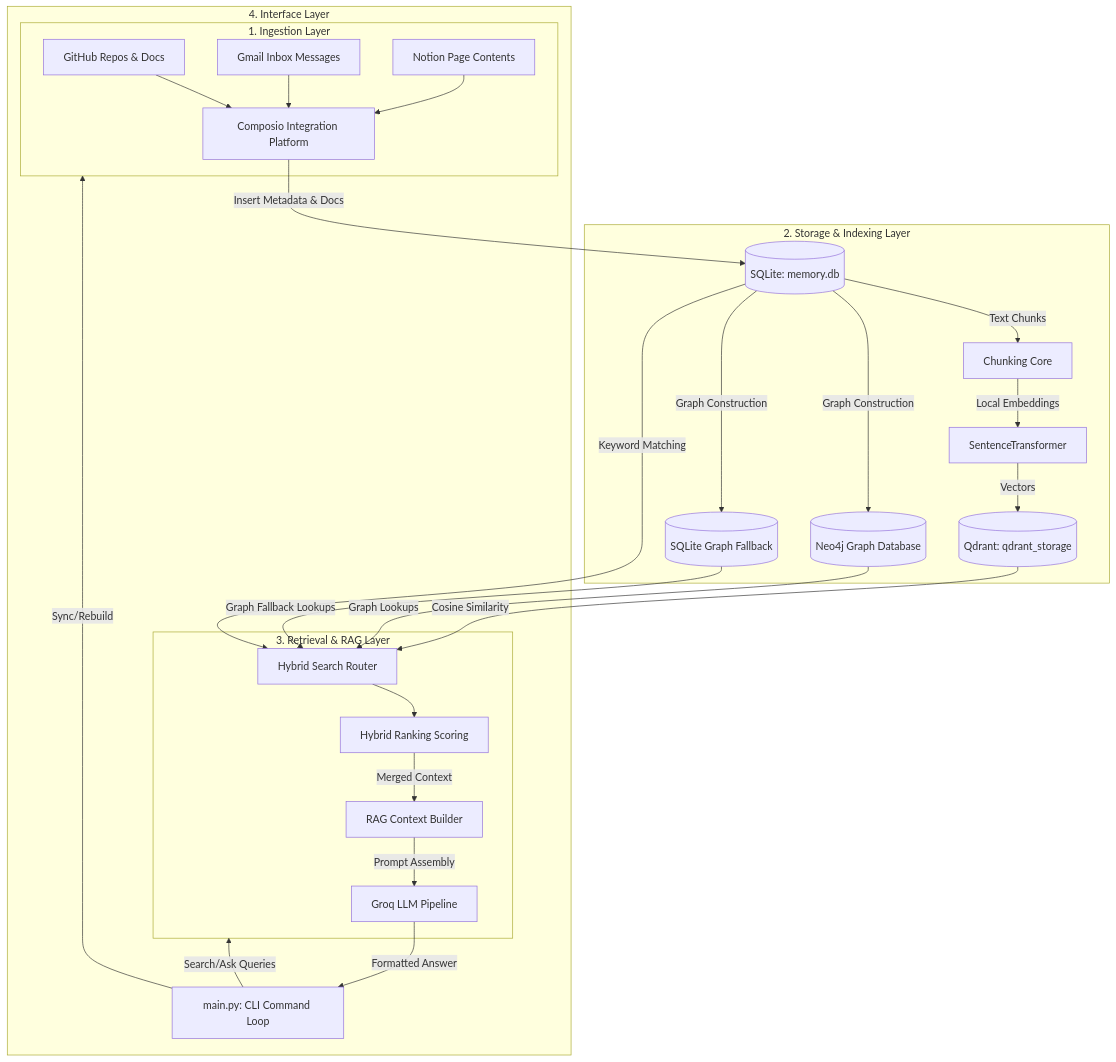
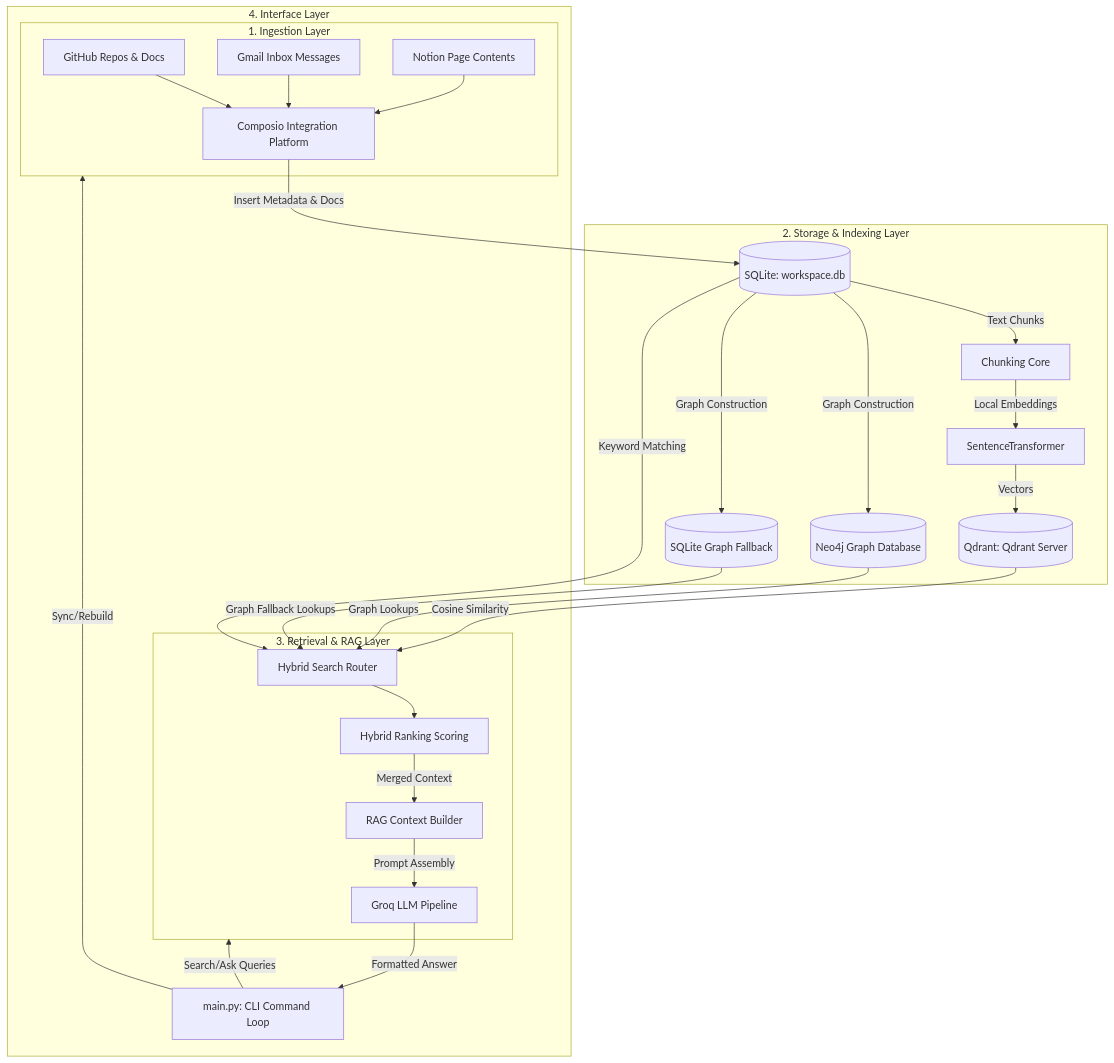
One commit to anirudh-pedro/Memory-OS changed the diagram in README.md. Above: the diagram before and after it, drawn with Mermaid. The commit also changed other lines of this file and 53 other files, not shown here.

````diff
--- a/README.md
+++ b/README.md
@@ -13,55 +14,55 @@
 ```mermaid
 graph TD
     %% Ingestion
     subgraph Ingestion [1. Ingestion Layer]
         GH[GitHub Repos & Docs]
         GM[Gmail Inbox Messages]
         NT[Notion Page Contents]
         CP[Composio Integration Platform]
         GH --> CP
         GM --> CP
         NT --> CP
     end
 
     %% Storage & Indexing
     subgraph Storage [2. Storage & Indexing Layer]
-        DB[(SQLite: memory.db)]
-        QD[(Qdrant: qdrant_storage)]
+        DB[(SQLite: workspace.db)]
+        QD[(Qdrant: Qdrant Server)]
         N4J[(Neo4j Graph Database)]
         SQL_G[(SQLite Graph Fallback)]
         
         CP -->|Insert Metadata & Docs| DB
         DB -->|Text Chunks| CH[Chunking Core]
         CH -->|Local Embeddings| EM[SentenceTransformer]
         EM -->|Vectors| QD
         
         DB -->|Graph Construction| N4J
         DB -->|Graph Construction| SQL_G
     end
 
     %% Retrieval & RAG
     subgraph Retrieval [3. Retrieval & RAG Layer]
         HS[Hybrid Search Router]
         QD -->|Cosine Similarity| HS
         DB -->|Keyword Matching| HS
         N4J -->|Graph Lookups| HS
         SQL_G -->|Graph Fallback Lookups| HS
         
         HR[Hybrid Ranking Scoring]
         HS --> HR
         
         RAG[RAG Context Builder]
         HR -->|Merged Context| RAG
         
         LLM[Groq LLM Pipeline]
         RAG -->|Prompt Assembly| LLM
     end
 
     %% User Interaction
     subgraph User [4. Interface Layer]
         CLI[main.py: CLI Command Loop]
         CLI -->|Sync/Rebuild| Ingestion
         CLI -->|Search/Ask Queries| Retrieval
         LLM -->|Formatted Answer| CLI
     end
 ```
````
